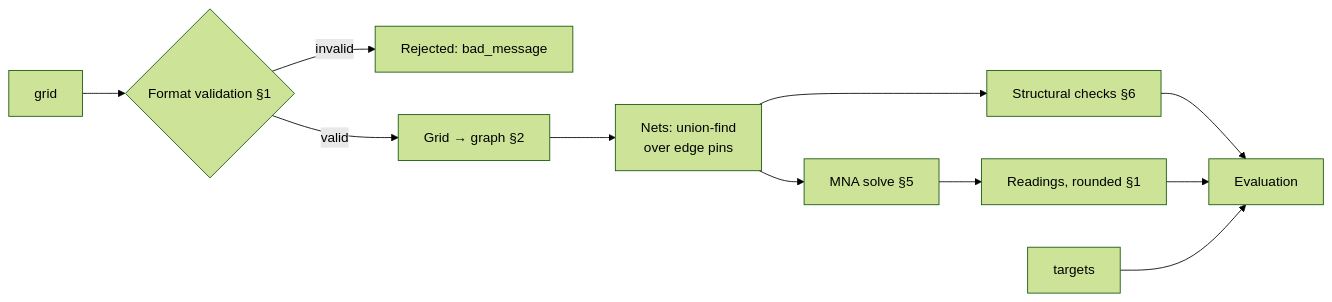
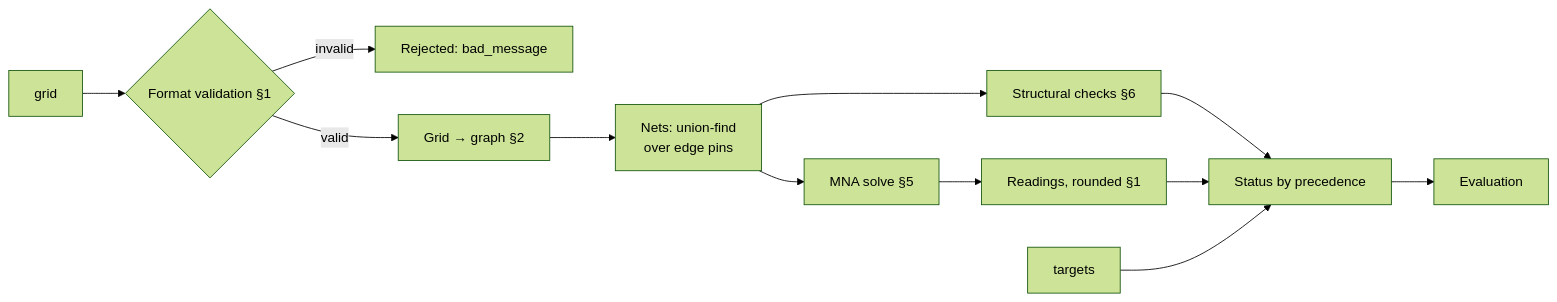
One commit to VOxFF/schematics-ai-tutor changed the second of 2 diagrams in docs/schematics.md. Above: the diagram before and after it, drawn with Mermaid (forest theme). The commit also changed other lines of this file and 3 other files, not shown here.

First line of the commit message:
Define the evaluation result: status, readings and issues

````diff
--- a/docs/schematics.md
+++ b/docs/schematics.md
@@ -246,13 +246,14 @@
 ```mermaid
 flowchart LR
     G[grid] --> V{Format validation §1}
     V -- invalid --> X["Rejected: bad_message"]
     V -- valid --> GR["Grid → graph §2"]
     GR --> N["Nets: union-find<br/>over edge pins"]
     N --> S["Structural checks §6"]
     N --> M["MNA solve §5"]
     M --> R["Readings, rounded §1"]
-    S --> E[Evaluation]
-    R --> E
-    T[targets] --> E
+    S --> ST[Status by precedence]
+    R --> ST
+    T[targets] --> ST
+    ST --> E[Evaluation]
 ```
````
